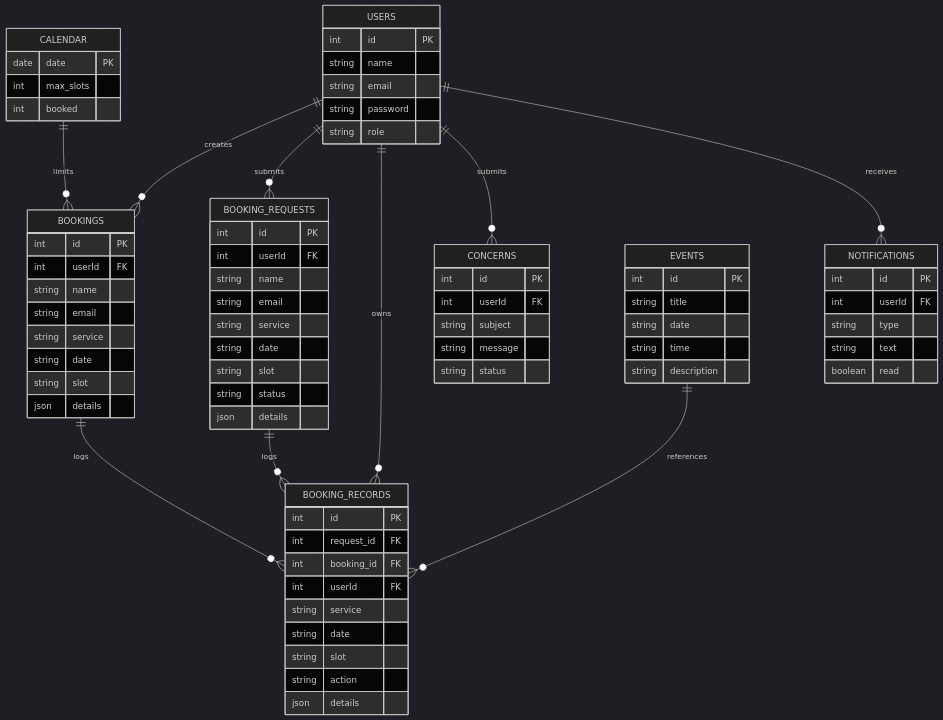
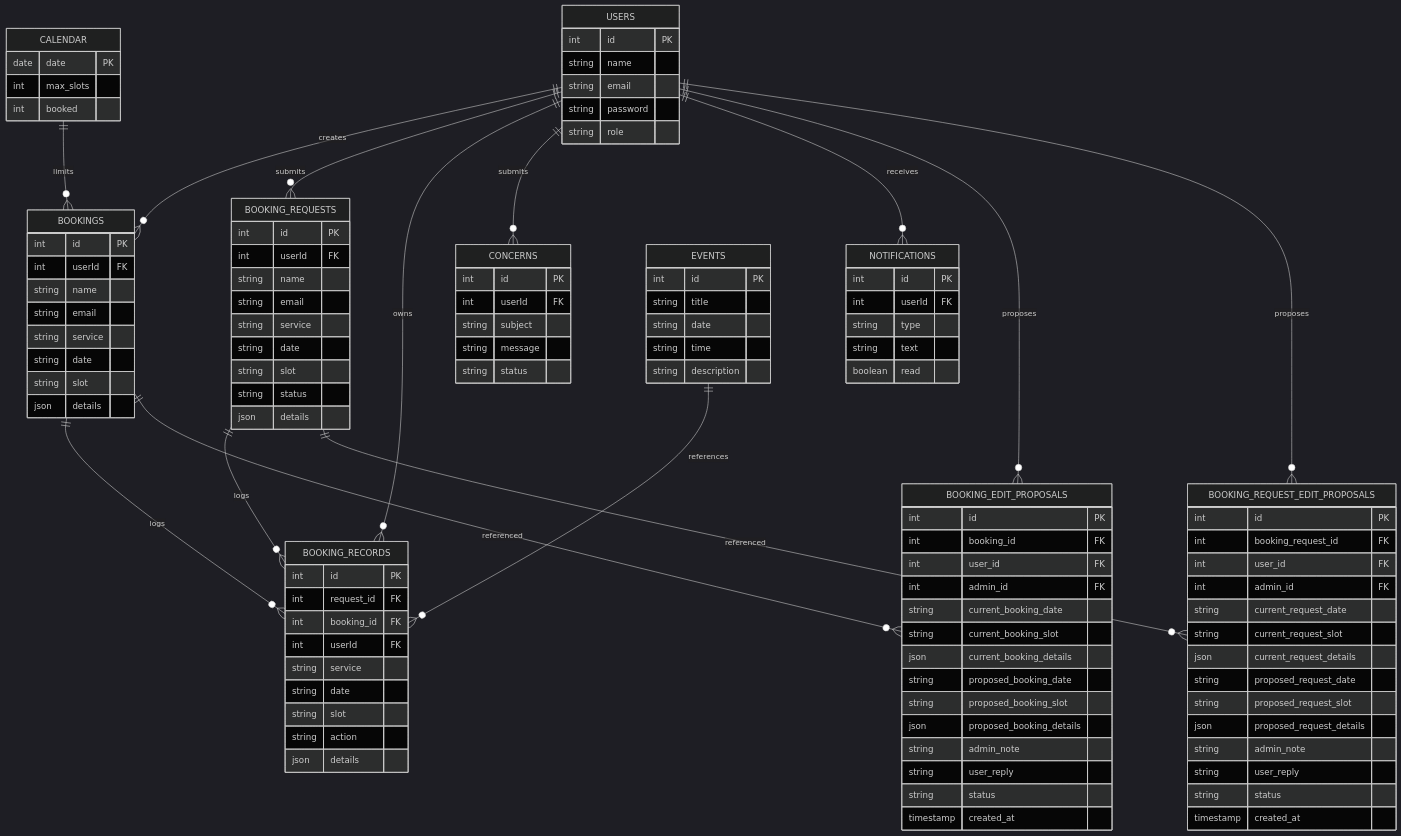
Before and after one commit to rcamarig-boop/church-booking-system: the fourth of 7 diagrams in PROJECT_DIAGRAMS.md, drawn with Mermaid (dark theme). The commit also changed other lines of this file, not shown here.

Commit message:
docs: Add booking edit proposals, request edit proposals, and concerns management to diagrams

````diff
--- a/PROJECT_DIAGRAMS.md
+++ b/PROJECT_DIAGRAMS.md
@@ -130,8 +143,12 @@
   USERS ||--o{ BOOKING_RECORDS : owns
   USERS ||--o{ CONCERNS : submits
   USERS ||--o{ NOTIFICATIONS : receives
+  USERS ||--o{ BOOKING_EDIT_PROPOSALS : proposes
+  USERS ||--o{ BOOKING_REQUEST_EDIT_PROPOSALS : proposes
   BOOKINGS ||--o{ BOOKING_RECORDS : logs
+  BOOKINGS ||--o{ BOOKING_EDIT_PROPOSALS : referenced
   BOOKING_REQUESTS ||--o{ BOOKING_RECORDS : logs
+  BOOKING_REQUESTS ||--o{ BOOKING_REQUEST_EDIT_PROPOSALS : referenced
   CALENDAR ||--o{ BOOKINGS : limits
   EVENTS ||--o{ BOOKING_RECORDS : references
 
@@ -207,4 +224,38 @@
     string time
     string description
   }
+
+  BOOKING_EDIT_PROPOSALS {
+    int id PK
+    int booking_id FK
+    int user_id FK
+    int admin_id FK
+    string current_booking_date
+    string current_booking_slot
+    json current_booking_details
+    string proposed_booking_date
+    string proposed_booking_slot
+    json proposed_booking_details
+    string admin_note
+    string user_reply
+    string status
+    timestamp created_at
+  }
+
+  BOOKING_REQUEST_EDIT_PROPOSALS {
+    int id PK
+    int booking_request_id FK
+    int user_id FK
+    int admin_id FK
+    string current_request_date
+    string current_request_slot
+    json current_request_details
+    string proposed_request_date
+    string proposed_request_slot
+    json proposed_request_details
+    string admin_note
+    string user_reply
+    string status
+    timestamp created_at
+  }
 ```
````
